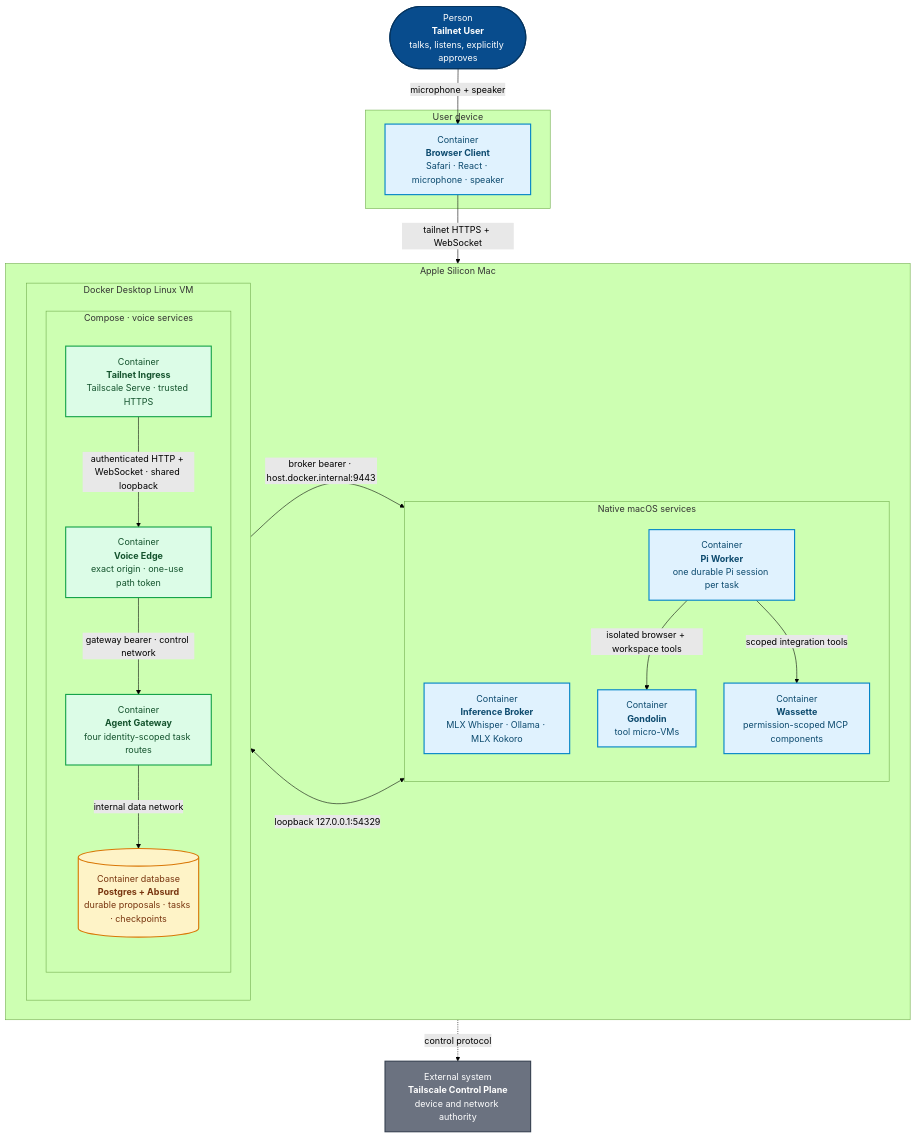
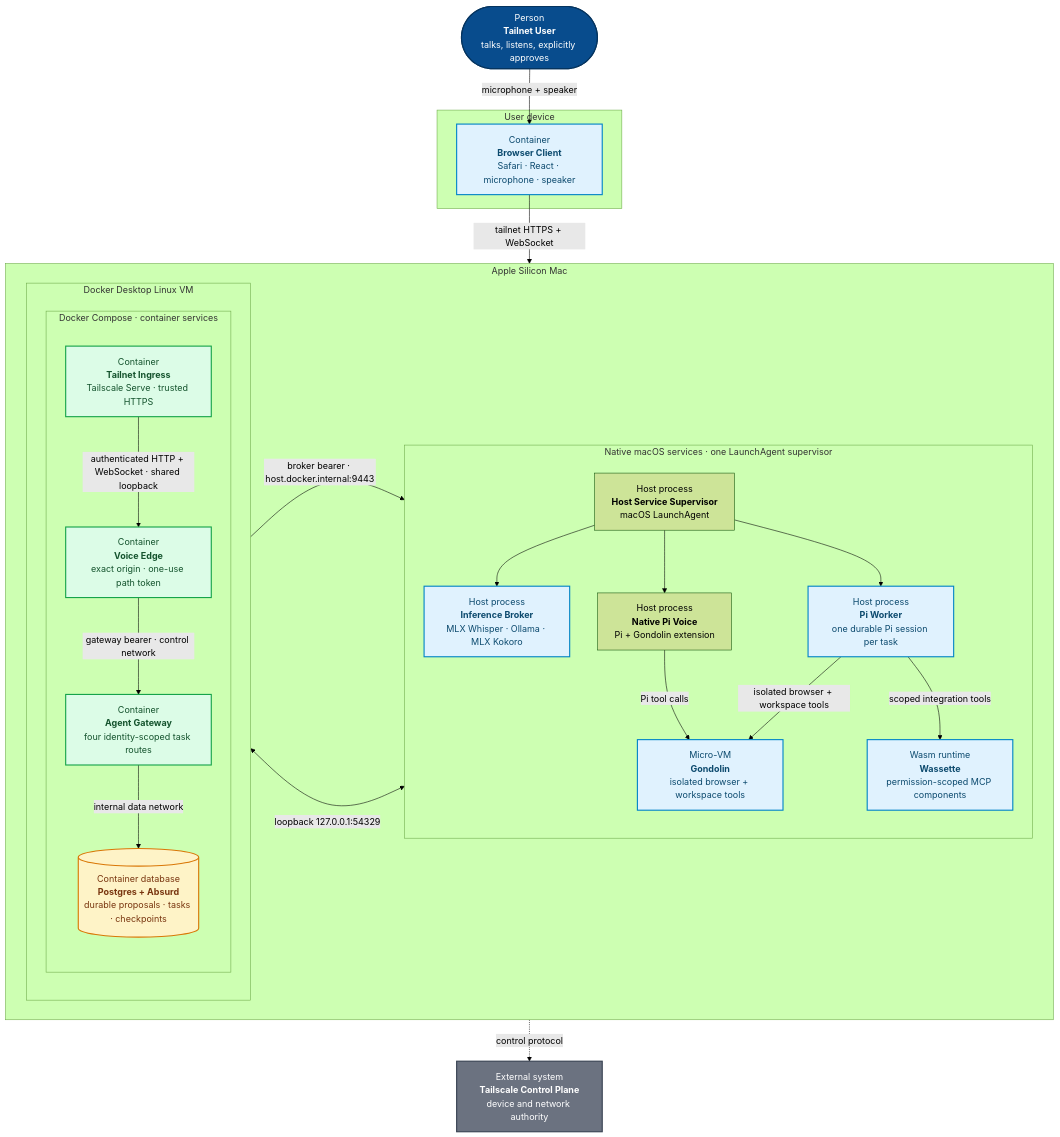
The diagram in workloads/pipecat-mlx-voice/docs/architecture/deployment-security.mmd (ragavsathish/agent-workload-platform), drawn with Mermaid (forest theme) before and after one commit. The commit also changed 4 other files, not shown here.

Commit message:
docs(voice): align C4 views with Pipecat runtime

```diff
--- a/workloads/pipecat-mlx-voice/docs/architecture/deployment-security.mmd
+++ b/workloads/pipecat-mlx-voice/docs/architecture/deployment-security.mmd
@@ -1,53 +1,59 @@
 flowchart TB
     %% C4 deployment view: private voice ingress and isolated agent tools.
     USER(["Person<br/><b>Tailnet User</b><br/>talks, listens, explicitly approves"])
     CONTROL["External system<br/><b>Tailscale Control Plane</b><br/>device and network authority"]
 
     subgraph DEVICE["User device"]
         BROWSER["Container<br/><b>Browser Client</b><br/>Safari · React · microphone · speaker"]
     end
 
     subgraph MAC["Apple Silicon Mac"]
         direction LR
         subgraph DOCKER["Docker Desktop Linux VM"]
             direction TB
-            subgraph COMPOSE["Compose · voice services"]
+            subgraph COMPOSE["Docker Compose · container services"]
                 direction TB
                 INGRESS["Container<br/><b>Tailnet Ingress</b><br/>Tailscale Serve · trusted HTTPS"]
                 EDGE["Container<br/><b>Voice Edge</b><br/>exact origin · one-use path token"]
                 GATEWAY["Container<br/><b>Agent Gateway</b><br/>four identity-scoped task routes"]
                 DB[("Container database<br/><b>Postgres + Absurd</b><br/>durable proposals · tasks · checkpoints")]
                 INGRESS -->|"authenticated HTTP + WebSocket · shared loopback"| EDGE
                 EDGE -->|"gateway bearer · control network"| GATEWAY
                 GATEWAY -->|"internal data network"| DB
             end
         end
 
-        subgraph NATIVE["Native macOS services"]
+        subgraph NATIVE["Native macOS services · one LaunchAgent supervisor"]
             direction TB
-            BROKER["Container<br/><b>Inference Broker</b><br/>MLX Whisper · Ollama · MLX Kokoro"]
-            WORKER["Container<br/><b>Pi Worker</b><br/>one durable Pi session per task"]
-            GONDOLIN["Container<br/><b>Gondolin</b><br/>tool micro-VMs"]
-            WASSETTE["Container<br/><b>Wassette</b><br/>permission-scoped MCP components"]
+            SUPERVISOR["Host process<br/><b>Host Service Supervisor</b><br/>macOS LaunchAgent"]
+            BROKER["Host process<br/><b>Inference Broker</b><br/>MLX Whisper · Ollama · MLX Kokoro"]
+            PIVOICE["Host process<br/><b>Native Pi Voice</b><br/>Pi + Gondolin extension"]
+            WORKER["Host process<br/><b>Pi Worker</b><br/>one durable Pi session per task"]
+            GONDOLIN["Micro-VM<br/><b>Gondolin</b><br/>isolated browser + workspace tools"]
+            WASSETTE["Wasm runtime<br/><b>Wassette</b><br/>permission-scoped MCP components"]
+            SUPERVISOR --> BROKER
+            SUPERVISOR --> PIVOICE
+            SUPERVISOR --> WORKER
             WORKER -->|"isolated browser + workspace tools"| GONDOLIN
             WORKER -->|"scoped integration tools"| WASSETTE
+            PIVOICE -->|"Pi tool calls"| GONDOLIN
         end
 
         EDGE -->|"broker bearer · host.docker.internal:9443"| BROKER
         DB <-->|"loopback 127.0.0.1:54329"| WORKER
     end
 
     USER -->|"microphone + speaker"| BROWSER
     BROWSER -->|"tailnet HTTPS + WebSocket"| INGRESS
     INGRESS -.->|"control protocol"| CONTROL
 
     classDef person fill:#084c8d,color:#fff,stroke:#05345f,stroke-width:2px;
     classDef external fill:#6b7280,color:#fff,stroke:#374151,stroke-width:2px;
     classDef container fill:#e0f2fe,color:#0c4a6e,stroke:#0284c7,stroke-width:2px;
     classDef security fill:#dcfce7,color:#14532d,stroke:#16a34a,stroke-width:2px;
     classDef data fill:#fef3c7,color:#78350f,stroke:#d97706,stroke-width:2px;
     class USER person;
     class CONTROL external;
     class BROWSER,BROKER,WORKER,GONDOLIN,WASSETTE container;
-    class INGRESS,TLSEDGE,EDGE,GATEWAY security;
+    class INGRESS,EDGE,GATEWAY security;
     class DB data;
```
